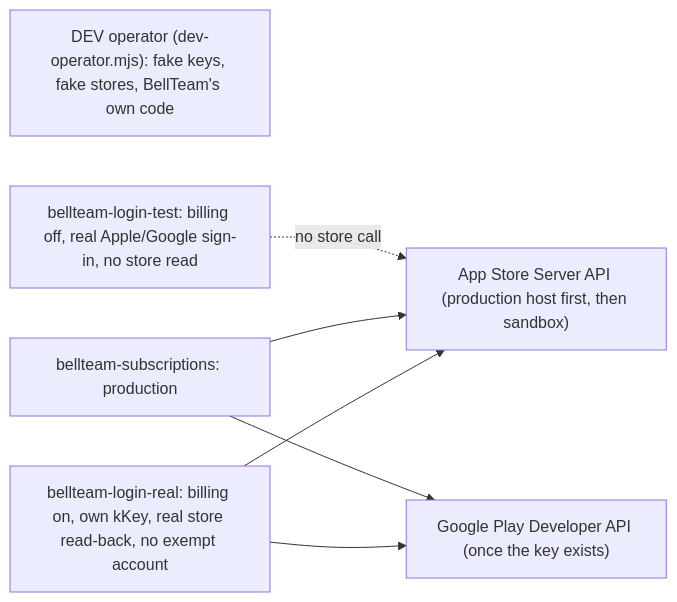
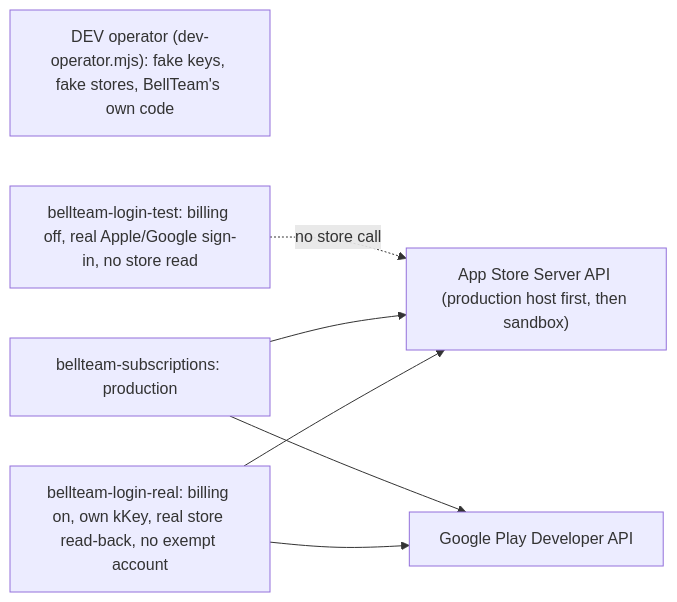
One commit to kitepon/BellTeam changed the second of 2 diagrams in services/subscriptions/README.md. Above: the diagram before and after it, drawn with Mermaid. The commit also changed other lines of this file, not shown here.

Commit message:
a523b: README: real-path Worker has the Play key

````diff
--- a/services/subscriptions/README.md
+++ b/services/subscriptions/README.md
@@ -67,14 +67,14 @@
 ```mermaid
 flowchart LR
   Dev["DEV operator (dev-operator.mjs): fake keys, fake stores, BellTeam's own code"]
   Test["bellteam-login-test: billing off, real Apple/Google sign-in, no store read"]
   Real["bellteam-login-real: billing on, own kKey, real store read-back, no exempt account"]
   Prod["bellteam-subscriptions: production"]
   Apple["App Store Server API (production host first, then sandbox)"]
-  Play["Google Play Developer API (once the key exists)"]
+  Play["Google Play Developer API"]
   Real --> Apple
   Real --> Play
   Prod --> Apple
   Prod --> Play
   Test -.->|"no store call"| Apple
 ```
````
